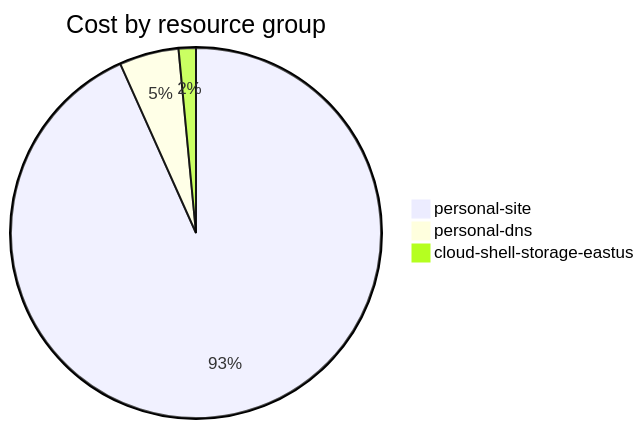
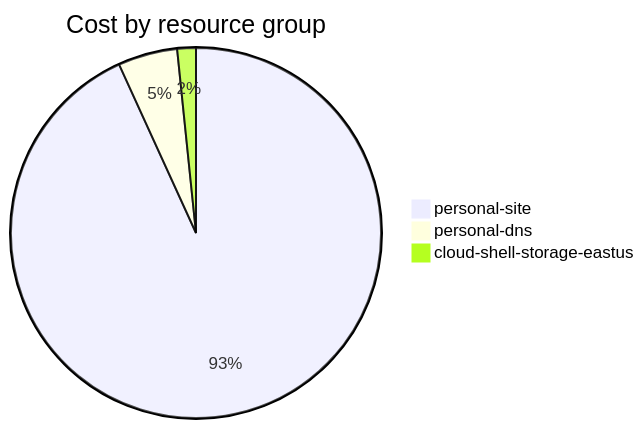
One commit to jpfulton/azure-personal-reports changed the fourth of 4 diagrams in cost-reports/accumulated-cost.md. Above: the diagram before and after it, drawn with Mermaid. The commit also changed other lines of this file and 4 other files, not shown here.

````diff
--- a/cost-reports/accumulated-cost.md
+++ b/cost-reports/accumulated-cost.md
@@ -141,7 +141,7 @@
 ```mermaid
 pie
    title Cost by resource group
-   "personal-site" : 5.57
-   "personal-dns" : 0.31
-   "cloud-shell-storage-eastus" : 0.09
+   "personal-site" : 6.29
+   "personal-dns" : 0.35
+   "cloud-shell-storage-eastus" : 0.11
 ```
````
